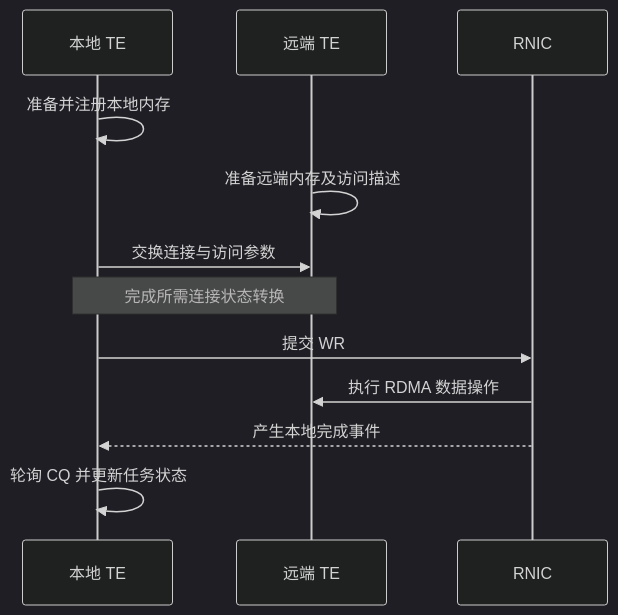
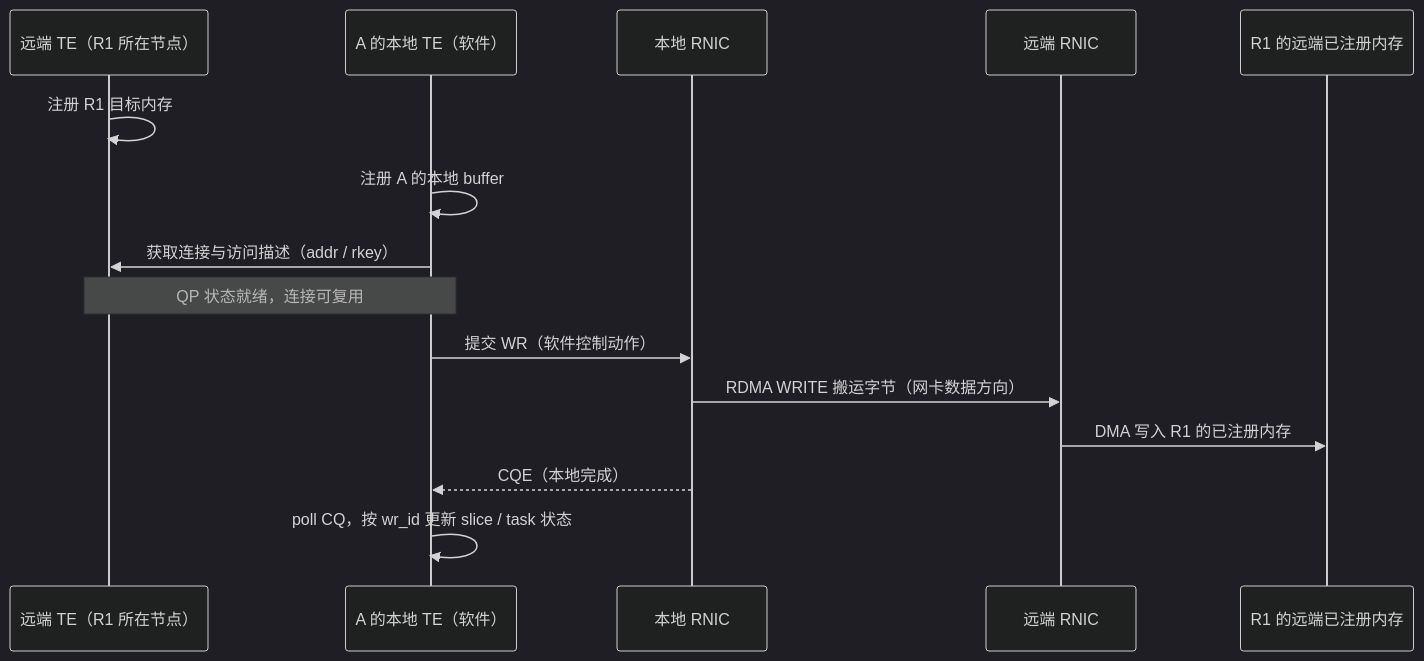
The diagram in mooncake-kv-cache-series/wechat/07-rdma-data-path.md (Hansyangxingxiang/Mooncake), drawn with Mermaid (dark theme) before and after one commit. The commit also changed other lines of this file and 42 other files, not shown here.

````diff
--- a/mooncake-kv-cache-series/wechat/07-rdma-data-path.md
+++ b/mooncake-kv-cache-series/wechat/07-rdma-data-path.md
@@ -29,14 +25,17 @@
 ```mermaid
 sequenceDiagram
-    participant A as 本地 TE
-    participant B as 远端 TE
-    participant N as RNIC
-    A->>A: 准备并注册本地内存
-    B->>B: 准备远端内存及访问描述
-    A->>B: 交换连接与访问参数
-    Note over A,B: 完成所需连接状态转换
-    A->>N: 提交 WR
-    N->>B: 执行 RDMA 数据操作
-    N-->>A: 产生本地完成事件
-    A->>A: 轮询 CQ 并更新任务状态
+    participant RT as 远端 TE（R1 所在节点）
+    participant LT as A 的本地 TE（软件）
+    participant LR as 本地 RNIC
+    participant RR as 远端 RNIC
+    participant RM as R1 的远端已注册内存
+    RT->>RT: 注册 R1 目标内存
+    LT->>LT: 注册 A 的本地 buffer
+    LT->>RT: 获取连接与访问描述（addr / rkey）
+    Note over LT,RT: QP 状态就绪，连接可复用
+    LT->>LR: 提交 WR（软件控制动作）
+    LR->>RR: RDMA WRITE 搬运字节（网卡数据方向）
+    RR->>RM: DMA 写入 R1 的已注册内存
+    LR-->>LT: CQE（本地完成）
+    LT->>LT: poll CQ，按 wr_id 更新 slice / task 状态
 ```
````
